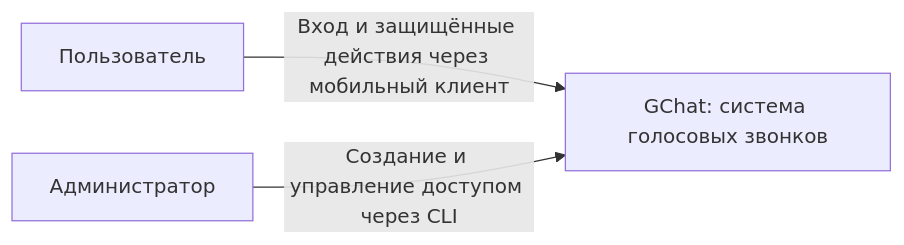
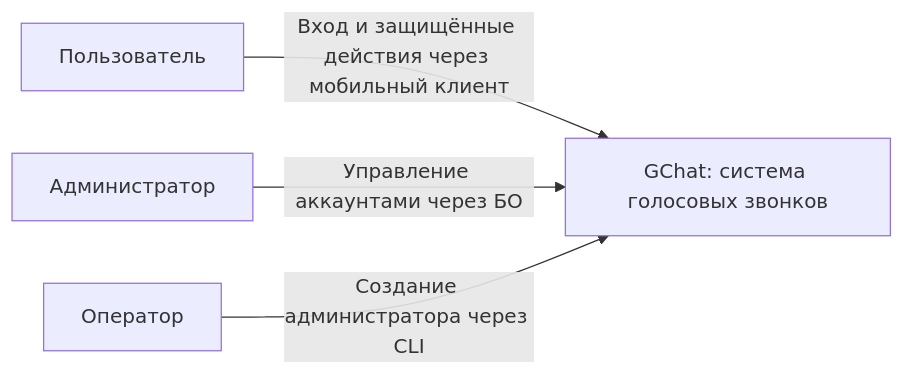
The second of 3 diagrams in docs/backend/modules/auth.md (roga-i-kopita-js/GChat), drawn with Mermaid before and after one commit. The commit also changed other lines of this file and 10 other files, not shown here.

````diff
--- a/docs/backend/modules/auth.md
+++ b/docs/backend/modules/auth.md
@@ -311,5 +365,6 @@
 ```mermaid
 flowchart LR
   U[Пользователь] -->|Вход и защищённые действия через мобильный клиент| G[GChat: система голосовых звонков]
-  A[Администратор] -->|Создание и управление доступом через CLI| G
+  A[Администратор] -->|Управление аккаунтами через БО| G
+  O[Оператор] -->|Создание администратора через CLI| G
 ```
````
